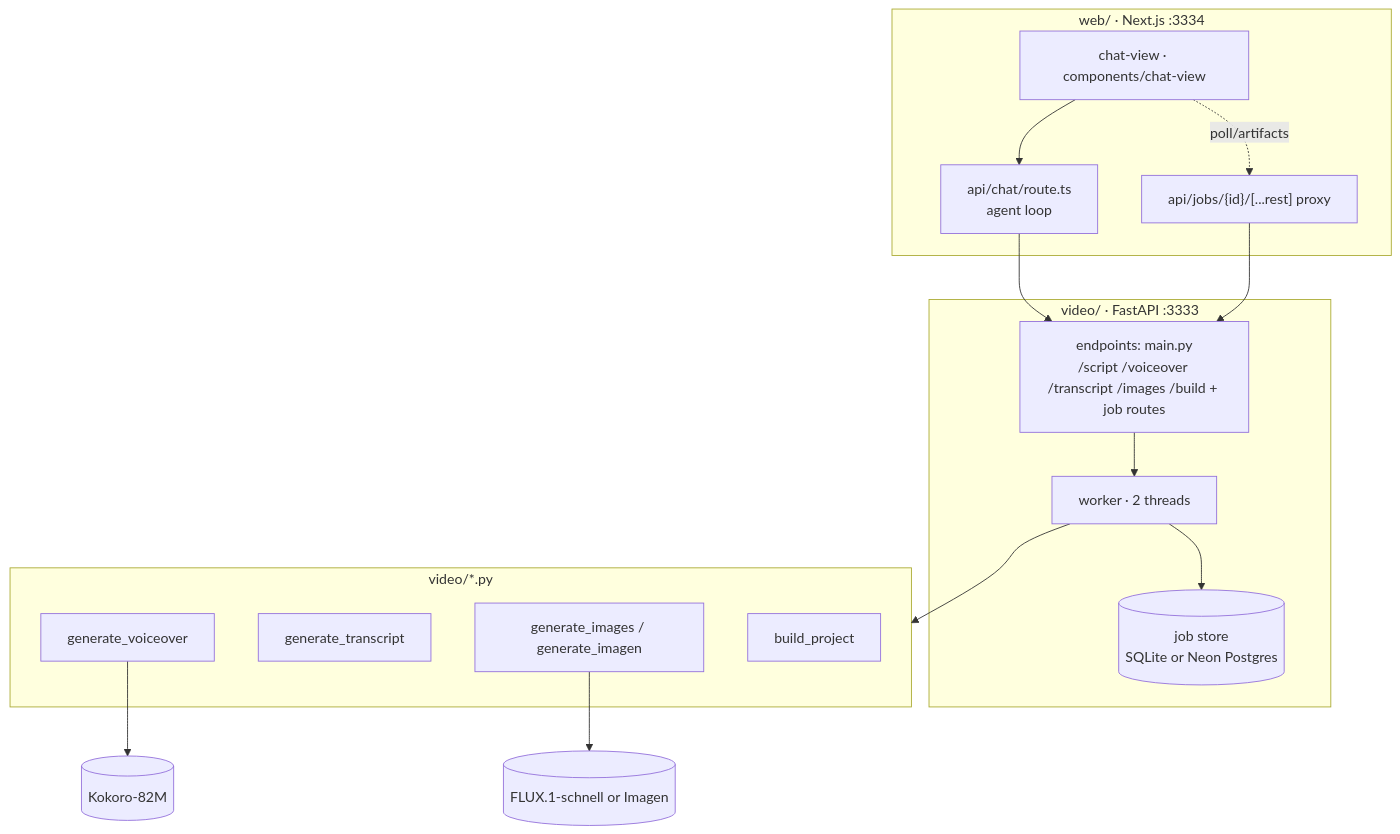
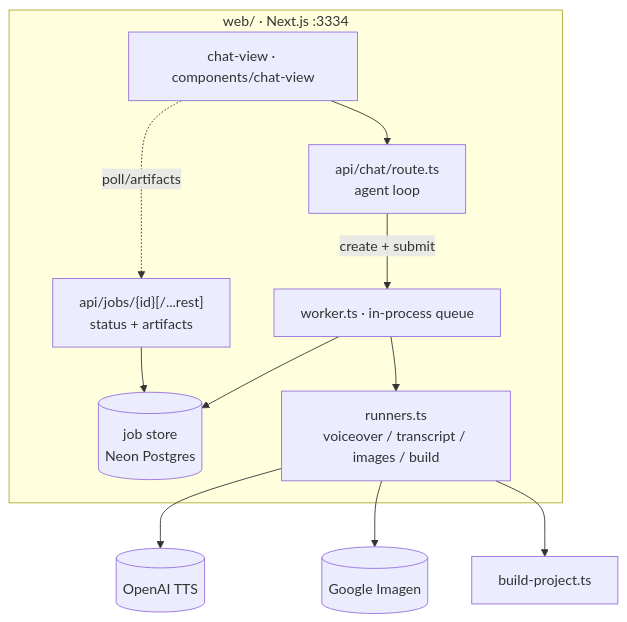
The diagram in docs/architecture/03-components.md (quochuydev/agent-chat), drawn with Mermaid before and after one commit. The commit also changed other lines of this file and 89 other files, not shown here.

````diff
--- a/docs/architecture/03-components.md
+++ b/docs/architecture/03-components.md
@@ -7,25 +7,18 @@
 ```mermaid
 flowchart TD
     subgraph WEB["web/ · Next.js :3334"]
       UI[chat-view · components/chat-view]
       RT[api/chat/route.ts<br/>agent loop]
-      PX["api/jobs/{id}/[...rest] proxy"]
+      JR["api/jobs/{id}[/...rest]<br/>status + artifacts"]
+      ST[(job store<br/>Neon Postgres)]
+      WK[worker.ts · in-process queue]
+      RN["runners.ts<br/>voiceover / transcript / images / build"]
     end
-    subgraph API["video/ · FastAPI :3333"]
-      EP[endpoints: main.py<br/>/script /voiceover /transcript /images /build + job routes]
-      JS[(job store<br/>SQLite or Neon Postgres)]
-      WK[worker · 2 threads]
-    end
-    subgraph SCRIPTS["video/*.py"]
-      VO[generate_voiceover]
-      TR[generate_transcript]
-      IM[generate_images / generate_imagen]
-      BD[build_project]
-    end
-    UI --> RT --> EP
-    UI -.poll/artifacts.-> PX --> EP
-    EP --> WK --> SCRIPTS
-    WK --> JS
-    VO --> K[(Kokoro-82M)]
-    IM --> F[(FLUX.1-schnell or Imagen)]
+    UI --> RT
+    UI -.poll/artifacts.-> JR --> ST
+    RT -->|create + submit| WK --> RN
+    WK --> ST
+    RN --> TTS[(OpenAI TTS)]
+    RN --> IMG[(Google Imagen)]
+    RN --> BD[build-project.ts]
 ```
````
